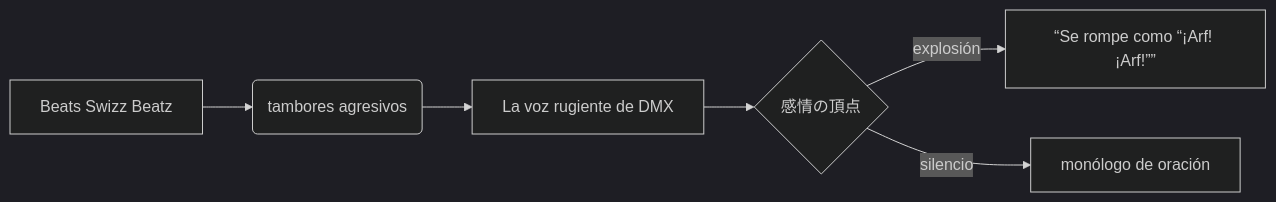
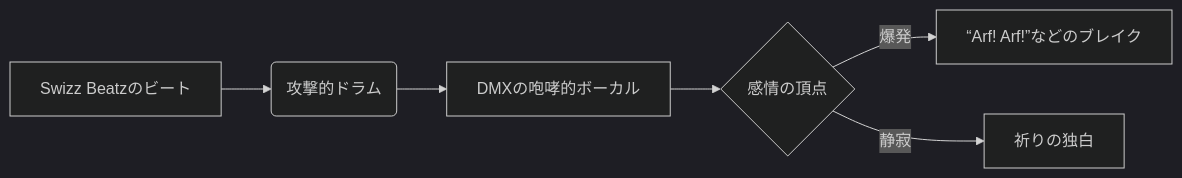
The third of 3 diagrams in es/_posts/2025-10-30-column-dmx.md (monumental-movement/monumental-movement.github.io), drawn with Mermaid (dark theme) before and after one commit. The commit also changed other lines of this file and 299 other files, not shown here.

```diff
--- a/es/_posts/2025-10-30-column-dmx.md
+++ b/es/_posts/2025-10-30-column-dmx.md
@@ -237,10 +237,10 @@
 <div class="mermaid">
 
 graph LR
-A[Beats Swizz Beatz] --> B(tambores agresivos)
-B --> C[La voz rugiente de DMX]
+A[Swizz Beatzのビート] --> B(攻撃的ドラム)
+B --> C[DMXの咆哮的ボーカル]
 C --> D{感情の頂点}
-D -->|explosión| E[“Se rompe como “¡Arf! ¡Arf!””]
-D -->|silencio| F[monólogo de oración]
+D -->|爆発| E["“Arf! Arf!”などのブレイク"]
+D -->|静寂| F[祈りの独白]
 
 </div>
```
